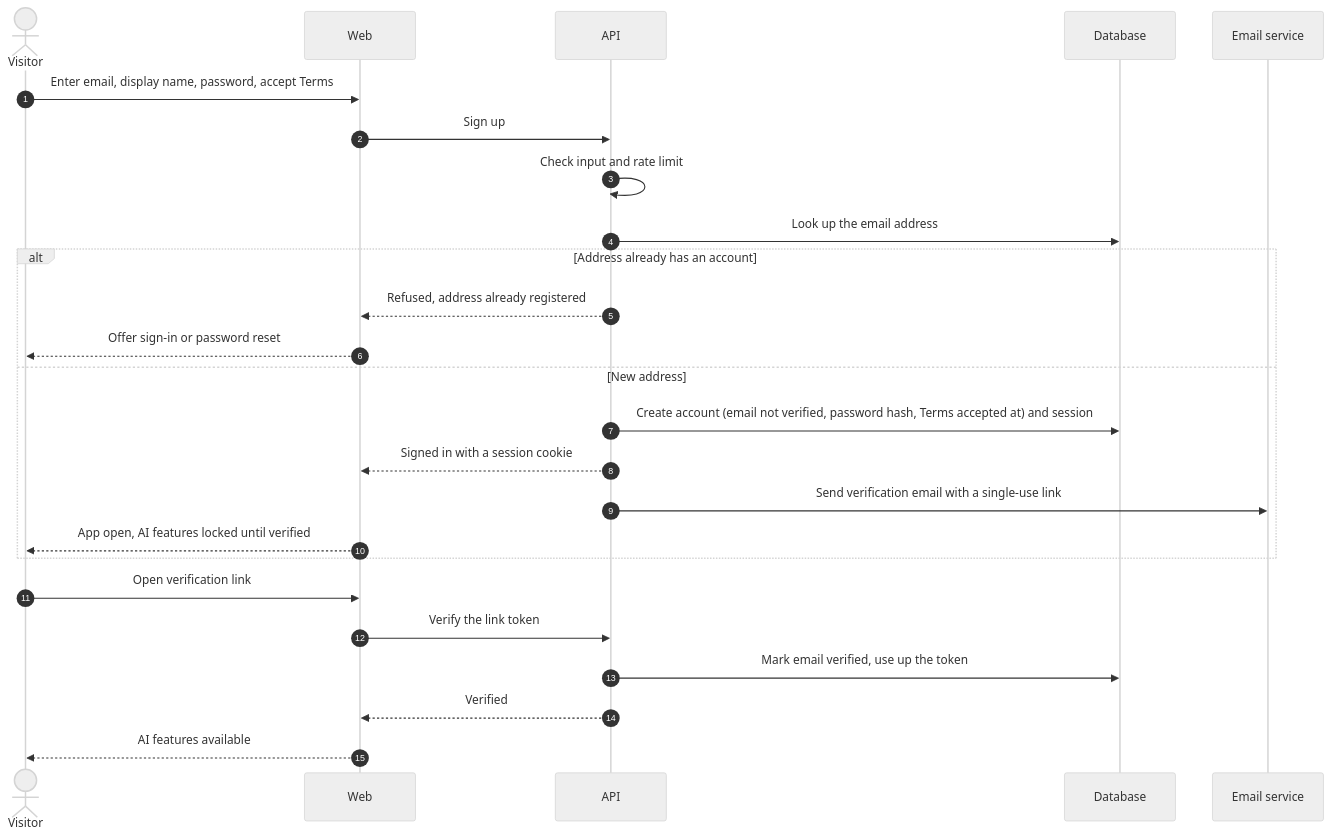
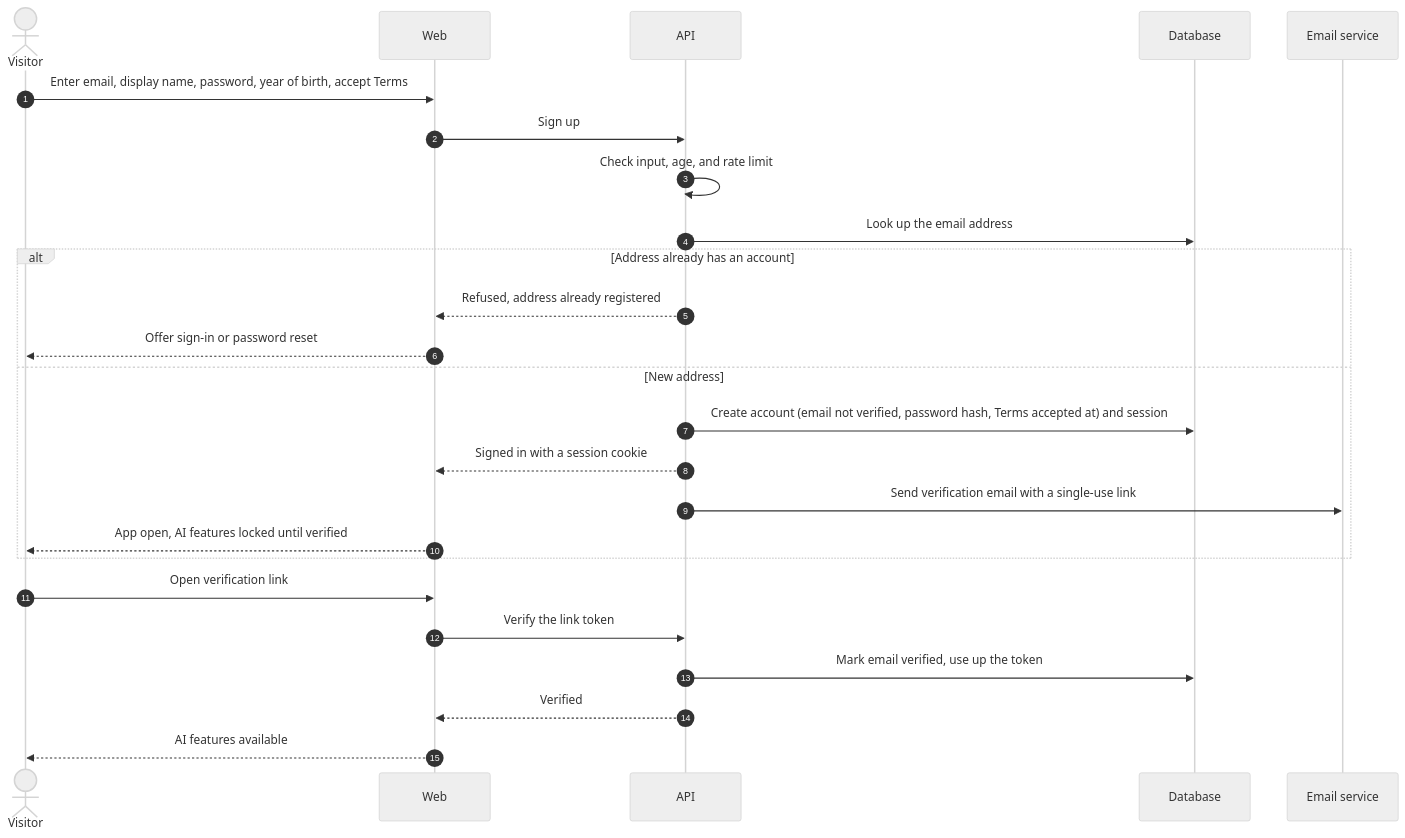
The first of 6 diagrams in docs/flows/authentication.md (cha130y/LanguZe), drawn with Mermaid (neutral theme) before and after one commit. The commit also changed other lines of this file and 9 other files, not shown here.

First line of the commit message:
docs(architecture): add ADRs for Better Auth, Gemini, and PostgreSQL

````diff
--- a/docs/flows/authentication.md
+++ b/docs/flows/authentication.md
@@ -9,27 +9,27 @@
 ```mermaid
 sequenceDiagram
   autonumber
   actor V as Visitor
   participant W as Web
   participant A as API
   participant D as Database
   participant E as Email service
-  V->>W: Enter email, display name, password, accept Terms
+  V->>W: Enter email, display name, password, year of birth, accept Terms
   W->>A: Sign up
-  A->>A: Check input and rate limit
+  A->>A: Check input, age, and rate limit
   A->>D: Look up the email address
   alt Address already has an account
     A-->>W: Refused, address already registered
     W-->>V: Offer sign-in or password reset
   else New address
     A->>D: Create account (email not verified, password hash, Terms accepted at) and session
     A-->>W: Signed in with a session cookie
     A->>E: Send verification email with a single-use link
     W-->>V: App open, AI features locked until verified
   end
   V->>W: Open verification link
   W->>A: Verify the link token
   A->>D: Mark email verified, use up the token
   A-->>W: Verified
   W-->>V: AI features available
 ```
````
